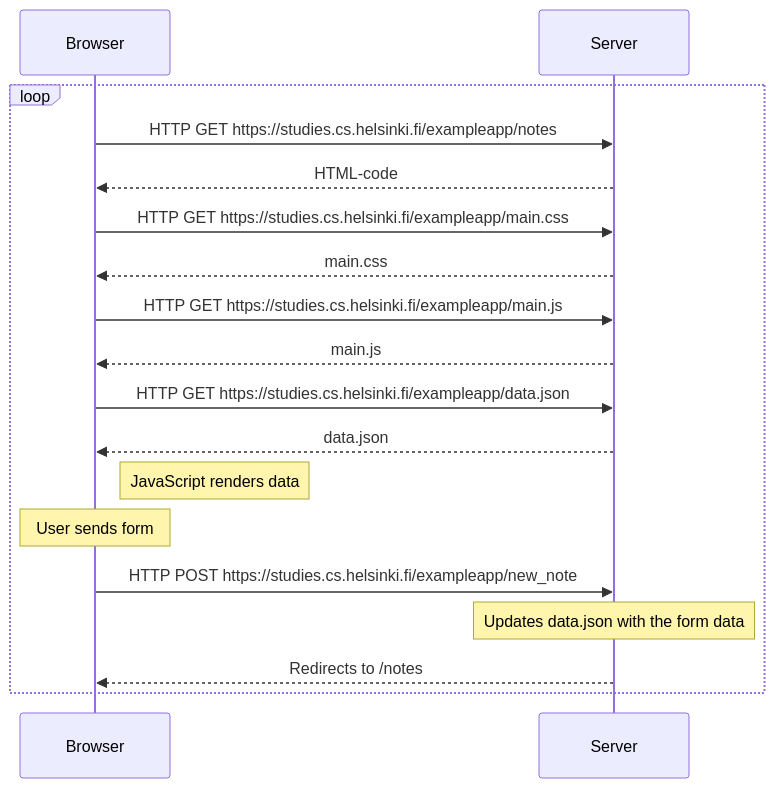
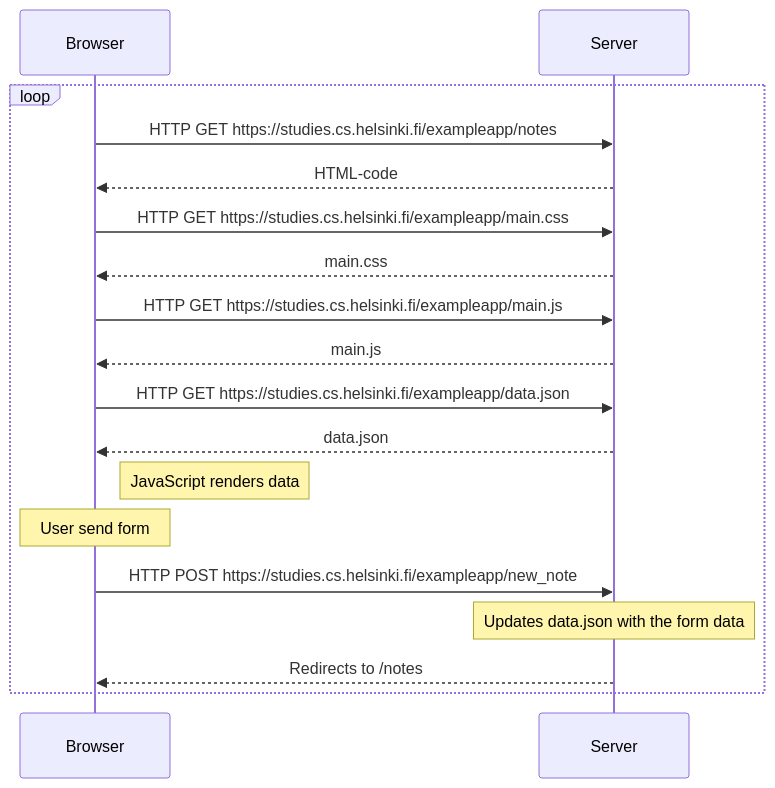
One commit to GianMasto/FullStackOpen-Exercises changed the diagram in part0/0.4.md. Above: the diagram before and after it, drawn with Mermaid.

````diff
--- a/part0/0.4.md
+++ b/part0/0.4.md
@@ -1,18 +1,18 @@
 ```mermaid
 sequenceDiagram
   loop
     Browser->>Server: HTTP GET https://studies.cs.helsinki.fi/exampleapp/notes
     Server-->>Browser: HTML-code
     Browser->>Server: HTTP GET https://studies.cs.helsinki.fi/exampleapp/main.css
     Server-->>Browser: main.css
     Browser->>Server: HTTP GET https://studies.cs.helsinki.fi/exampleapp/main.js
     Server-->>Browser: main.js
     Browser->>Server: HTTP GET https://studies.cs.helsinki.fi/exampleapp/data.json
     Server-->>Browser: data.json
     note right of Browser: JavaScript renders data
-    note over Browser: User sends form
+    note over Browser: User send form
     Browser->>Server: HTTP POST https://studies.cs.helsinki.fi/exampleapp/new_note
     note over Server: Updates data.json with the form data
     Server-->>Browser: Redirects to /notes
   end
 ```
````
